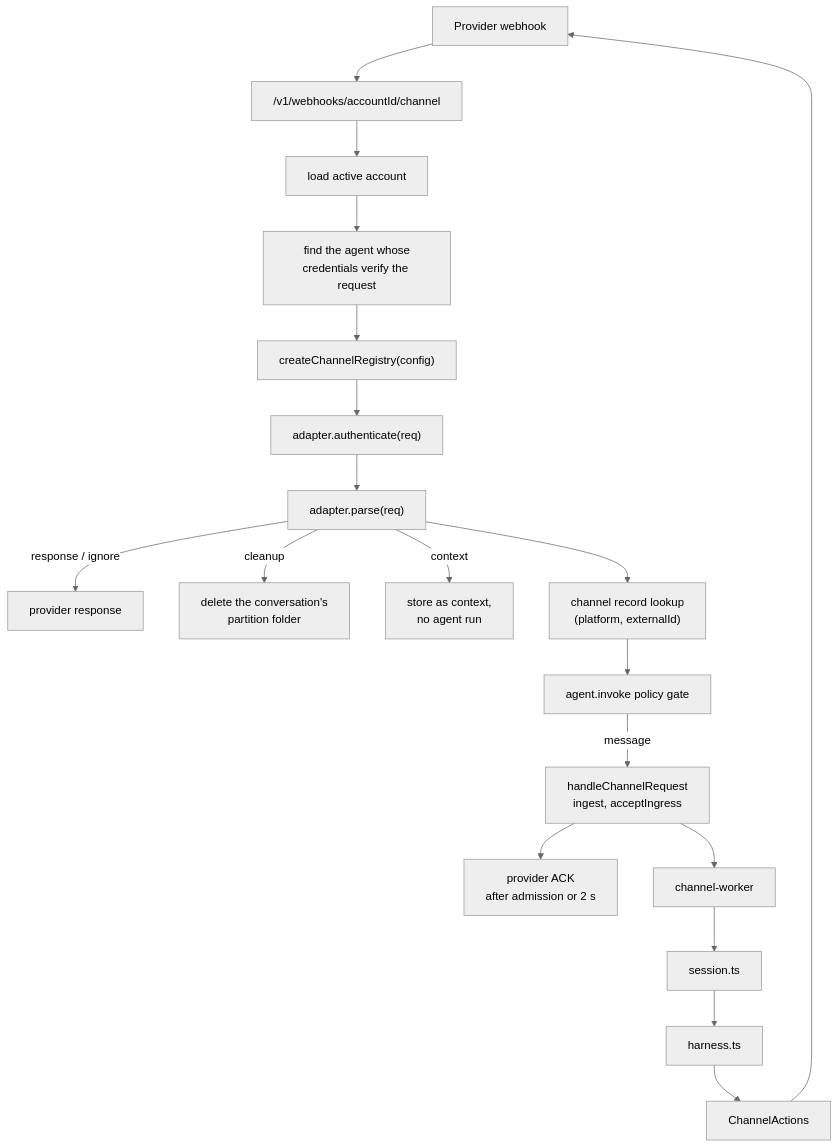
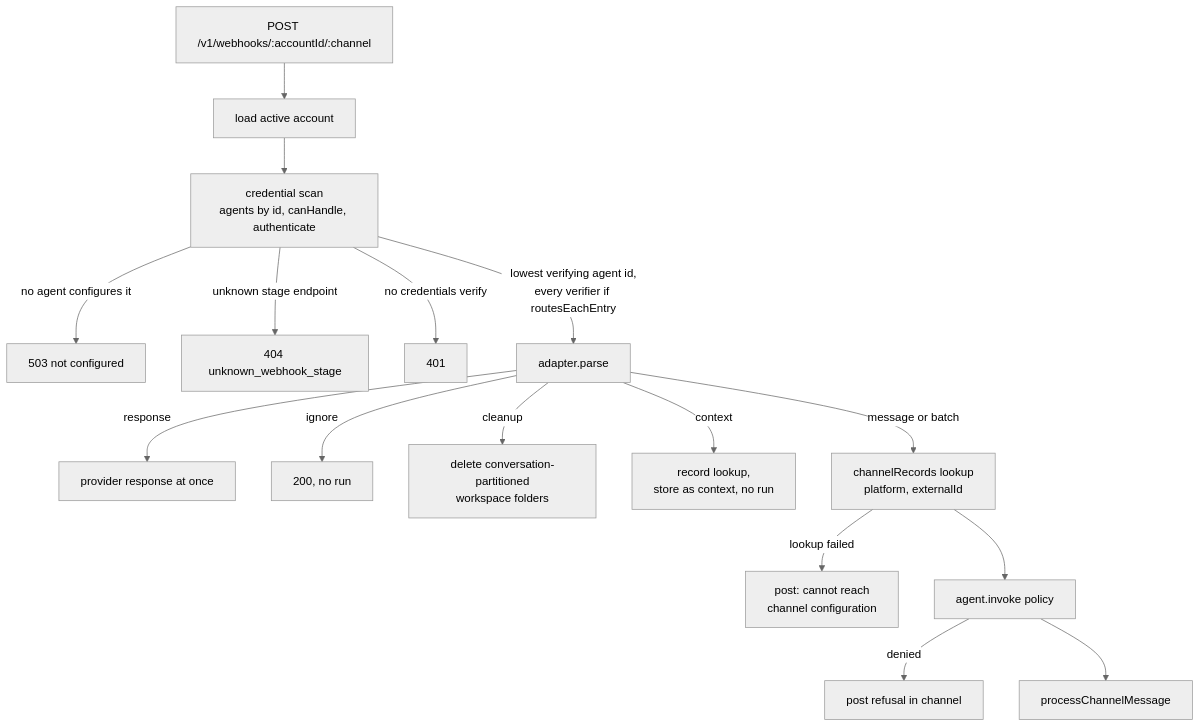
One commit to beeblastco/broods changed the second of 6 diagrams in apps/docs/docs/internals/channels.md. Above: the diagram before and after it, drawn with Mermaid (neutral theme). The commit also changed other lines of this file and 13 other files, not shown here.

First line of the commit message:
docs(internals): diagram-first rewrite of the remaining internals pages

````diff
--- a/apps/docs/docs/internals/channels.md
+++ b/apps/docs/docs/internals/channels.md
@@ -26,21 +60,18 @@
 ```mermaid
 flowchart TD
-  Provider["Provider webhook"] --> Url["/v1/webhooks/accountId/channel"]
-  Url --> Account["load active account"]
-  Account --> Agent["find the agent whose<br/>credentials verify the request"]
-  Agent --> Registry["createChannelRegistry(config)"]
-  Registry --> Auth["adapter.authenticate(req)"]
-  Auth --> Parse["adapter.parse(req)"]
-  Parse -->|"response / ignore"| Early["provider response"]
-  Parse -->|"cleanup"| Cleanup["delete the conversation's<br/>partition folder"]
-  Parse -->|"context"| Context["store as context,<br/>no agent run"]
-  Parse --> Record["channel record lookup<br/>(platform, externalId)"]
-  Record --> Gate["agent.invoke policy gate"]
-  Gate -->|"message"| Handler["handleChannelRequest<br/>ingest, acceptIngress"]
-  Handler --> Ack["provider ACK<br/>after admission or 2 s"]
-  Handler --> Worker["channel-worker"]
-  Worker --> Session["session.ts"]
-  Session --> Harness["harness.ts"]
-  Harness --> Actions["ChannelActions"]
-  Actions --> Provider
+  In["POST /v1/webhooks/:accountId/:channel"] --> Acc["load active account"]
+  Acc --> Scan["credential scan<br/>agents by id, canHandle, authenticate"]
+  Scan -->|"no agent configures it"| E503["503 not configured"]
+  Scan -->|"unknown stage endpoint"| E404["404 unknown_webhook_stage"]
+  Scan -->|"no credentials verify"| E401["401"]
+  Scan -->|"lowest verifying agent id,<br/>every verifier if routesEachEntry"| Parse["adapter.parse"]
+  Parse -->|"response"| Resp["provider response at once"]
+  Parse -->|"ignore"| Ign["200, no run"]
+  Parse -->|"cleanup"| Clean["delete conversation-partitioned<br/>workspace folders"]
+  Parse -->|"context"| Ctx["record lookup,<br/>store as context, no run"]
+  Parse -->|"message or batch"| Rec["channelRecords lookup<br/>platform, externalId"]
+  Rec -->|"lookup failed"| Down["post: cannot reach<br/>channel configuration"]
+  Rec --> Gate["agent.invoke policy"]
+  Gate -->|"denied"| Deny["post refusal in channel"]
+  Gate --> Admit["processChannelMessage"]
 ```
````
